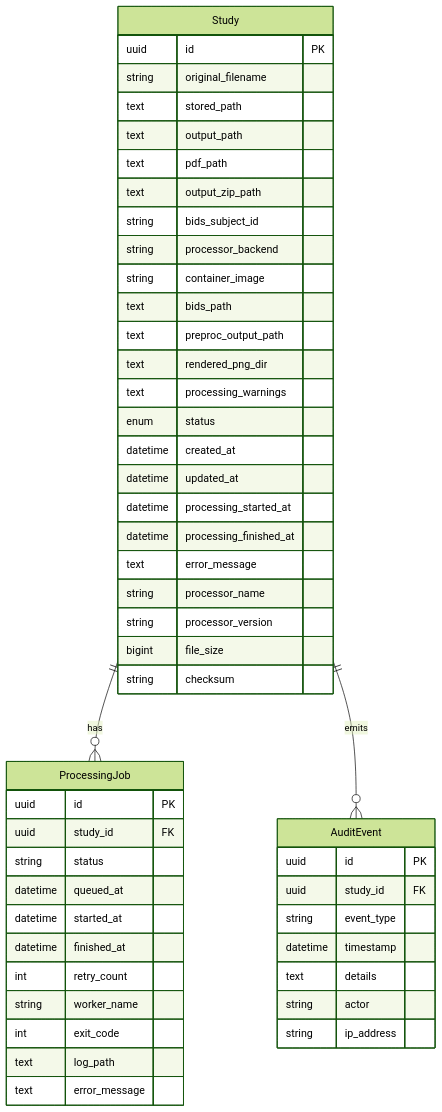
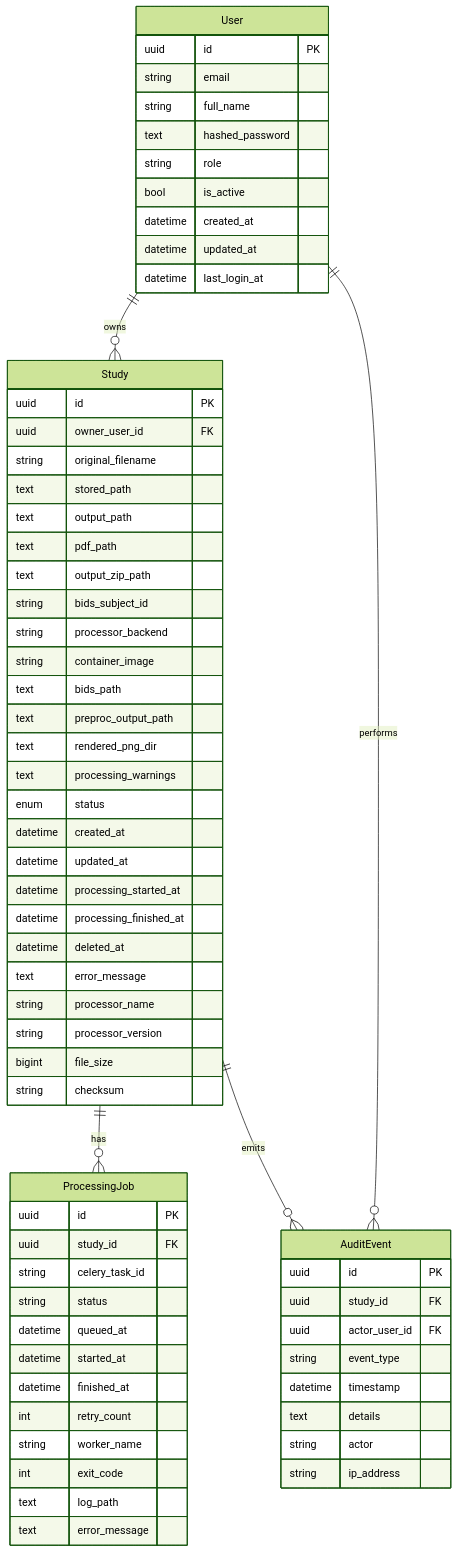
The second of 4 diagrams in docs/architecture.md (suhartx/neuroimagen-server-biocruces), drawn with Mermaid (forest theme) before and after one commit. The commit also changed other lines of this file and 50 other files, not shown here.

````diff
--- a/docs/architecture.md
+++ b/docs/architecture.md
@@ -59,52 +61,69 @@
 ```mermaid
 erDiagram
+  User ||--o{ Study : owns
+  User ||--o{ AuditEvent : performs
   Study ||--o{ ProcessingJob : has
   Study ||--o{ AuditEvent : emits
+  User {
+    uuid id PK
+    string email
+    string full_name
+    text hashed_password
+    string role
+    bool is_active
+    datetime created_at
+    datetime updated_at
+    datetime last_login_at
+  }
   Study {
     uuid id PK
+    uuid owner_user_id FK
     string original_filename
     text stored_path
     text output_path
     text pdf_path
     text output_zip_path
     string bids_subject_id
     string processor_backend
     string container_image
     text bids_path
     text preproc_output_path
     text rendered_png_dir
     text processing_warnings
     enum status
     datetime created_at
     datetime updated_at
     datetime processing_started_at
     datetime processing_finished_at
+    datetime deleted_at
     text error_message
     string processor_name
     string processor_version
     bigint file_size
     string checksum
   }
   ProcessingJob {
     uuid id PK
     uuid study_id FK
+    string celery_task_id
     string status
     datetime queued_at
     datetime started_at
     datetime finished_at
     int retry_count
     string worker_name
     int exit_code
     text log_path
     text error_message
   }
   AuditEvent {
     uuid id PK
     uuid study_id FK
+    uuid actor_user_id FK
     string event_type
     datetime timestamp
     text details
     string actor
     string ip_address
   }
 ```
````
